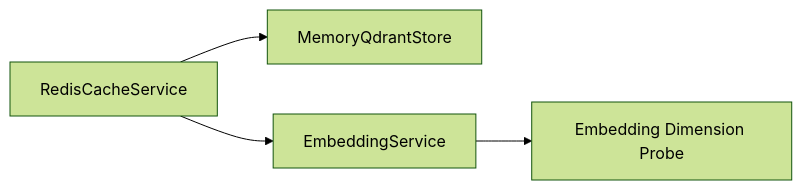
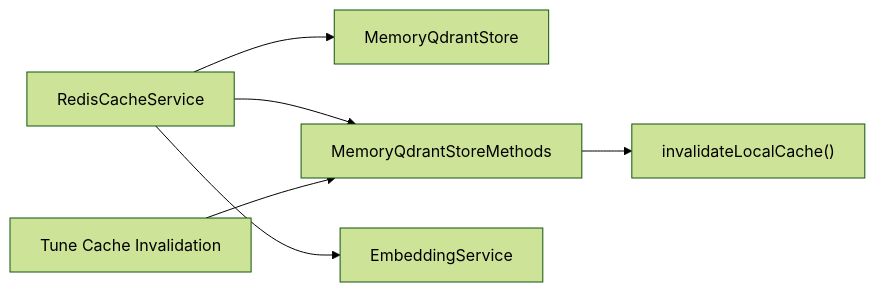
The tenth of 11 diagrams in .qoder/repowiki/en/content/Core Services/Cache Layer.md (debian777/kairos-mcp), drawn with Mermaid (forest theme) before and after one commit. The commit also changed other lines of this file and 16 other files, not shown here.

````diff
--- a/.qoder/repowiki/en/content/Core Services/Cache Layer.md
+++ b/.qoder/repowiki/en/content/Core Services/Cache Layer.md
@@ -373,6 +489,8 @@
 ```mermaid
 graph LR
 RCS["RedisCacheService"] --> MQS["MemoryQdrantStore"]
+RCS --> MQSM["MemoryQdrantStoreMethods"]
 RCS --> EMB["EmbeddingService"]
-EMB --> DIM["Embedding Dimension Probe"]
+MQSM --> INV["invalidateLocalCache()"]
+TINV["Tune Cache Invalidation"] --> MQSM
 ```
````
